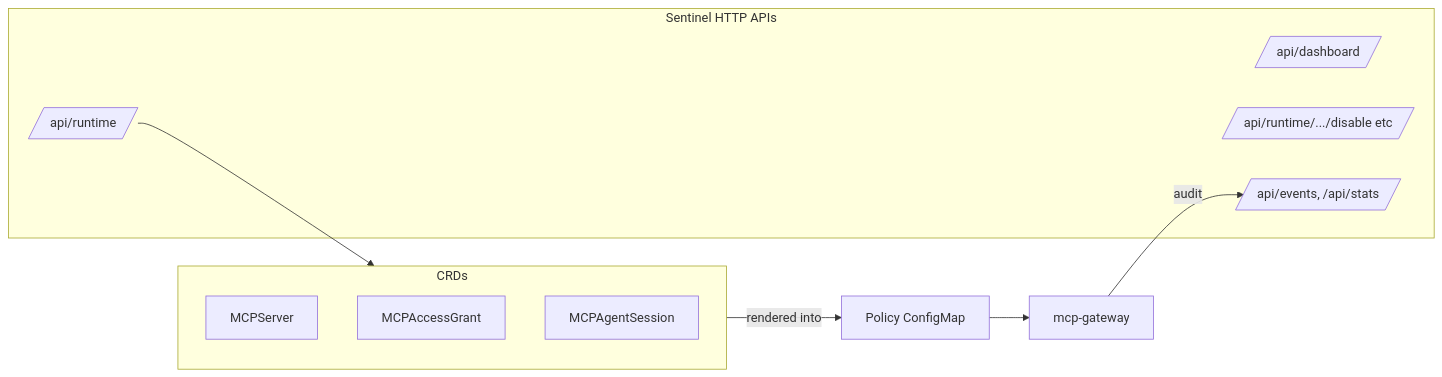
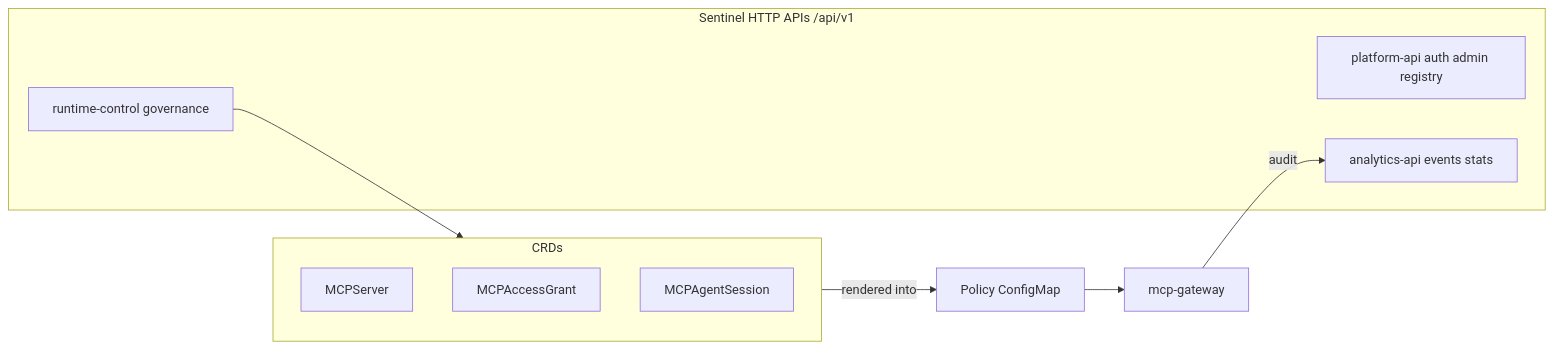
Before and after one commit to Agent-Hellboy/mcp-runtime: the first of 2 diagrams in docs/api.md, drawn with Mermaid. The commit also changed other lines of this file and 16 other files, not shown here.

````diff
--- a/docs/api.md
+++ b/docs/api.md
@@ -9,18 +11,17 @@
 ```mermaid
 flowchart LR
     subgraph CRDs
         Server[MCPServer]
         Grant[MCPAccessGrant]
         Session[MCPAgentSession]
     end
-    subgraph HTTP["Sentinel HTTP APIs"]
-        Dash[/api/dashboard/]
-        Run[/api/runtime/]
-        Act[/api/runtime/.../disable etc/]
-        Ana[/api/events, /api/stats/]
+    subgraph HTTP["Sentinel HTTP APIs /api/v1"]
+        Plat[platform-api auth admin registry]
+        Run[runtime-control governance]
+        Ana[analytics-api events stats]
     end
     CRDs -- rendered into --> Policy[Policy ConfigMap]
     Policy --> Gateway[mcp-gateway]
     Gateway -->|audit| Ana
     Run --> CRDs
 ```
````
